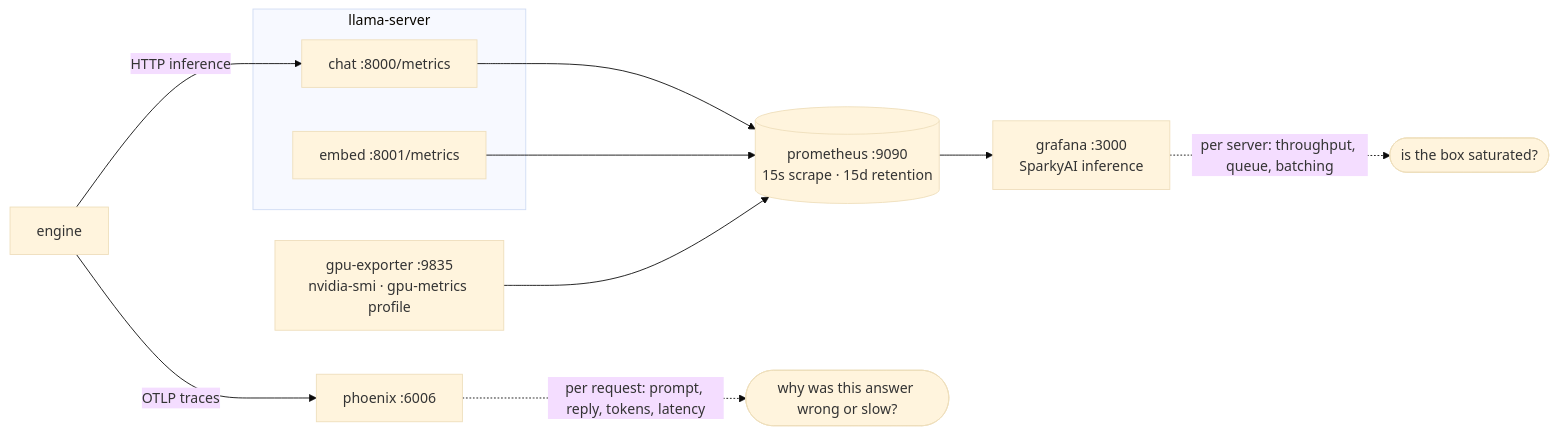
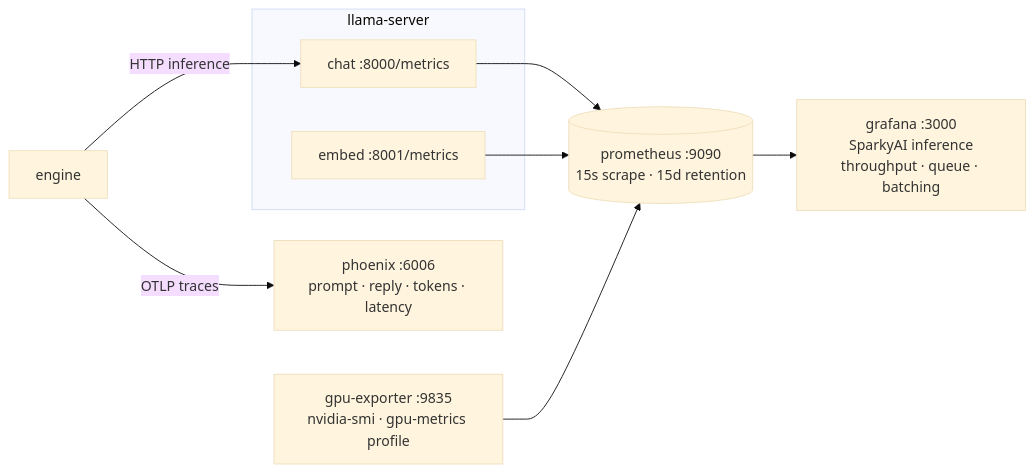
One commit to ashworks1706/SparkyAI changed the ninth of 9 diagrams in docs/ARCHITECTURE.md. Above: the diagram before and after it, drawn with Mermaid (base theme). The commit also changed other lines of this file and 2 other files, not shown here.

Commit message:
docs: cut justification prose from the metrics and inference docs
Claude-Session: https://claude.ai/code/session_014nexhy3gkDAAKFgv8QrTYz

````diff
--- a/docs/ARCHITECTURE.md
+++ b/docs/ARCHITECTURE.md
@@ -407,16 +407,14 @@
 ```mermaid
 flowchart LR
     subgraph inference["llama-server"]
         CH["chat :8000/metrics"]
         EM["embed :8001/metrics"]
     end
     GX["gpu-exporter :9835<br/>nvidia-smi · gpu-metrics profile"]
     CH --> P[("prometheus :9090<br/>15s scrape · 15d retention")]
     EM --> P
     GX --> P
-    P --> G["grafana :3000<br/>SparkyAI inference"]
-    EN["engine"] -->|OTLP traces| PX["phoenix :6006"]
-    EN -->|"HTTP inference"| CH
-    PX -.->|"per request: prompt, reply, tokens, latency"| Q(["why was this answer wrong or slow?"])
-    G -.->|"per server: throughput, queue, batching"| R(["is the box saturated?"])
+    P --> G["grafana :3000<br/>SparkyAI inference<br/>throughput · queue · batching"]
+    EN["engine"] -->|OTLP traces| PX["phoenix :6006<br/>prompt · reply · tokens · latency"]
+    EN -->|HTTP inference| CH
 ```
````
